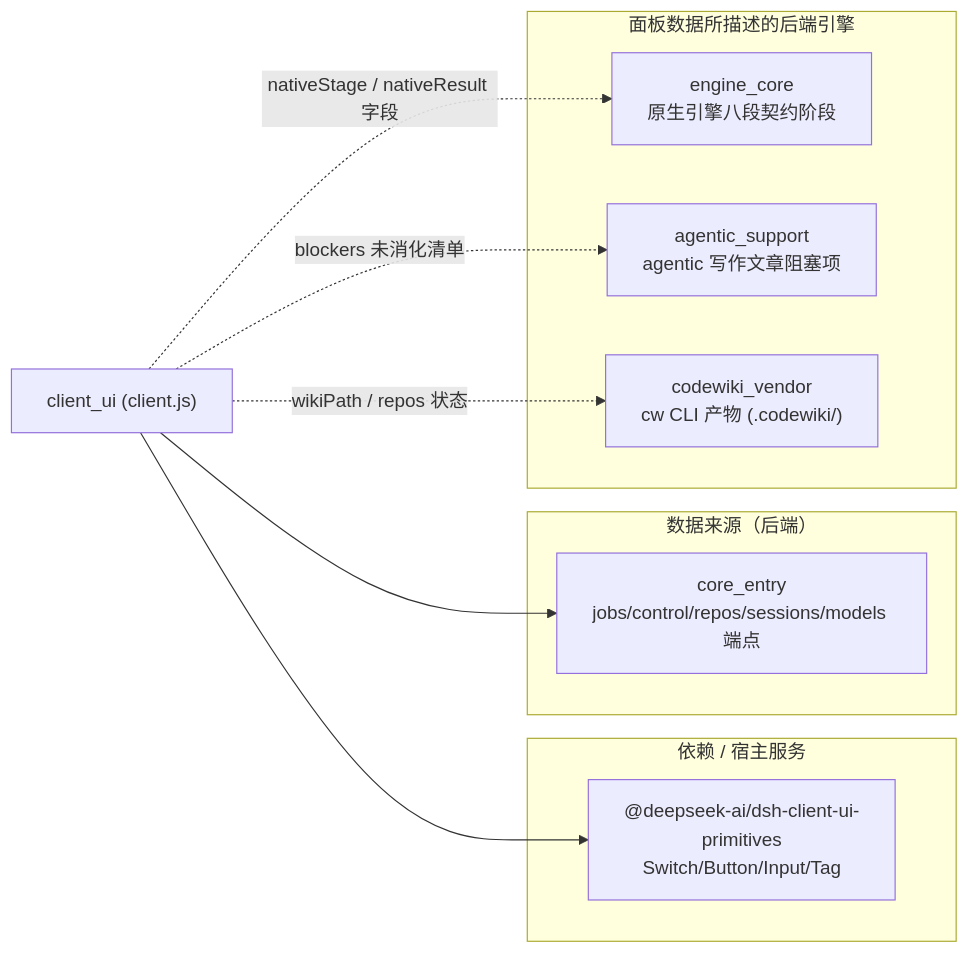
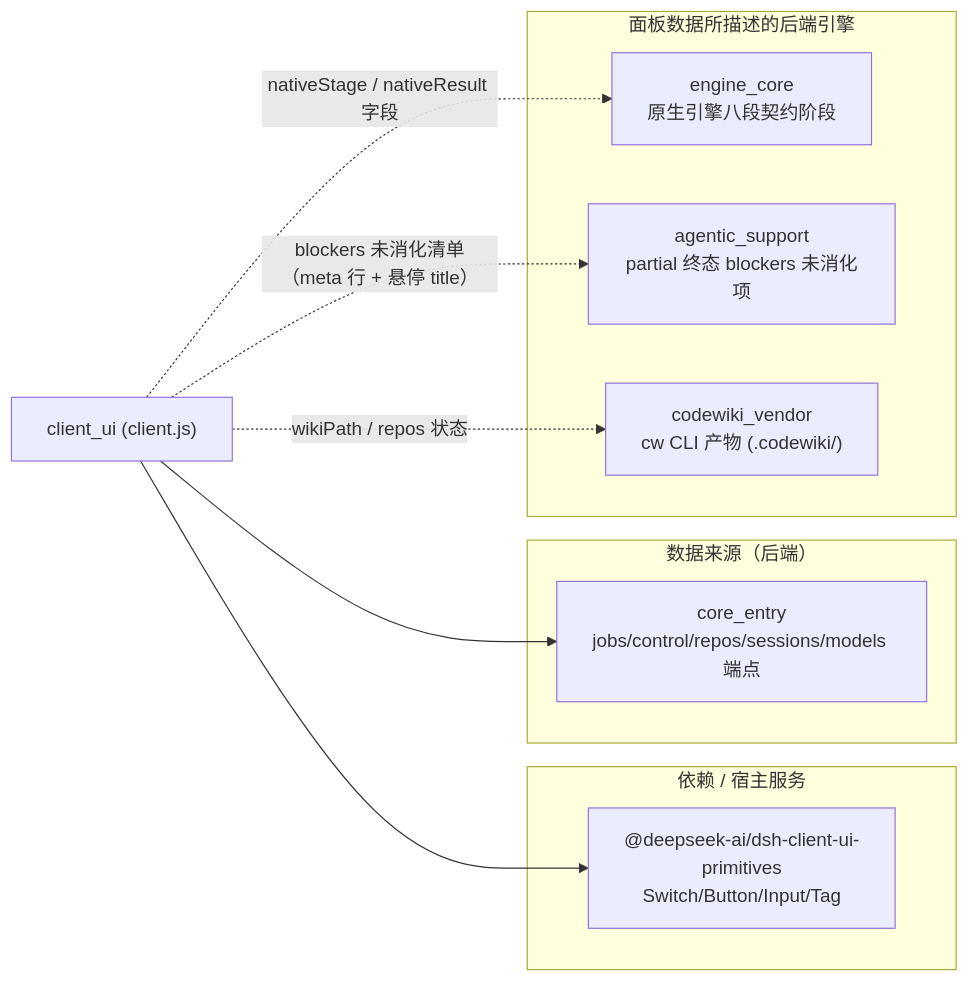
The fifth of 5 diagrams in .codewiki/_native-state/docs/client_ui.md (ikliml666/dsh-codewiki), drawn with Mermaid before and after one commit. The commit also changed other lines of this file and 28 other files, not shown here.

````diff
--- a/.codewiki/_native-state/docs/client_ui.md
+++ b/.codewiki/_native-state/docs/client_ui.md
@@ -154,19 +155,19 @@
 ```mermaid
 flowchart LR
     subgraph 依赖["依赖 / 宿主服务"]
         Prim["@deepseek-ai/dsh-client-ui-primitives<br/>Switch/Button/Input/Tag"]
     end
     subgraph 数据["数据来源（后端）"]
         Core["core_entry<br/>jobs/control/repos/sessions/models 端点"]
     end
     subgraph 渲染["面板数据所描述的后端引擎"]
         Engine["engine_core<br/>原生引擎八段契约阶段"]
-        Agent["agentic_support<br/>agentic 写作文章阻塞项"]
+        Agent["agentic_support<br/>partial 终态 blockers 未消化项"]
         Vendor["codewiki_vendor<br/>cw CLI 产物 (.codewiki/)"]
     end
     UI["client_ui (client.js)"] --> Prim
     UI --> Core
     UI -. "nativeStage / nativeResult 字段" .-> Engine
-    UI -. "blockers 未消化清单" .-> Agent
+    UI -. "blockers 未消化清单（meta 行 + 悬停 title）" .-> Agent
     UI -. "wikiPath / repos 状态" .-> Vendor
 ```
````
